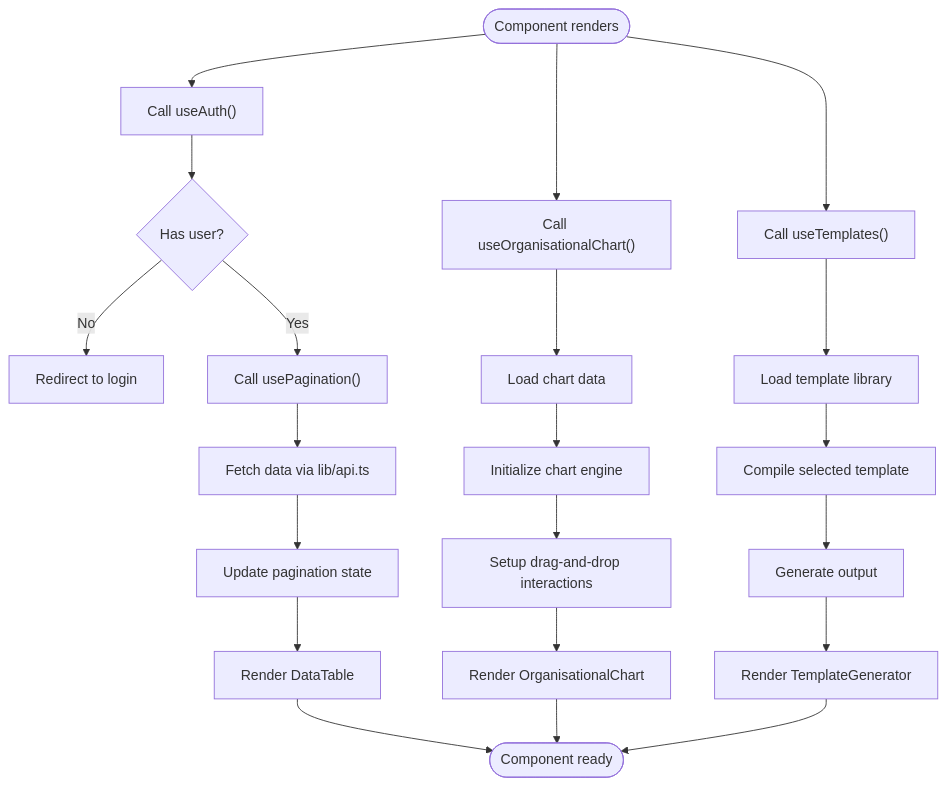
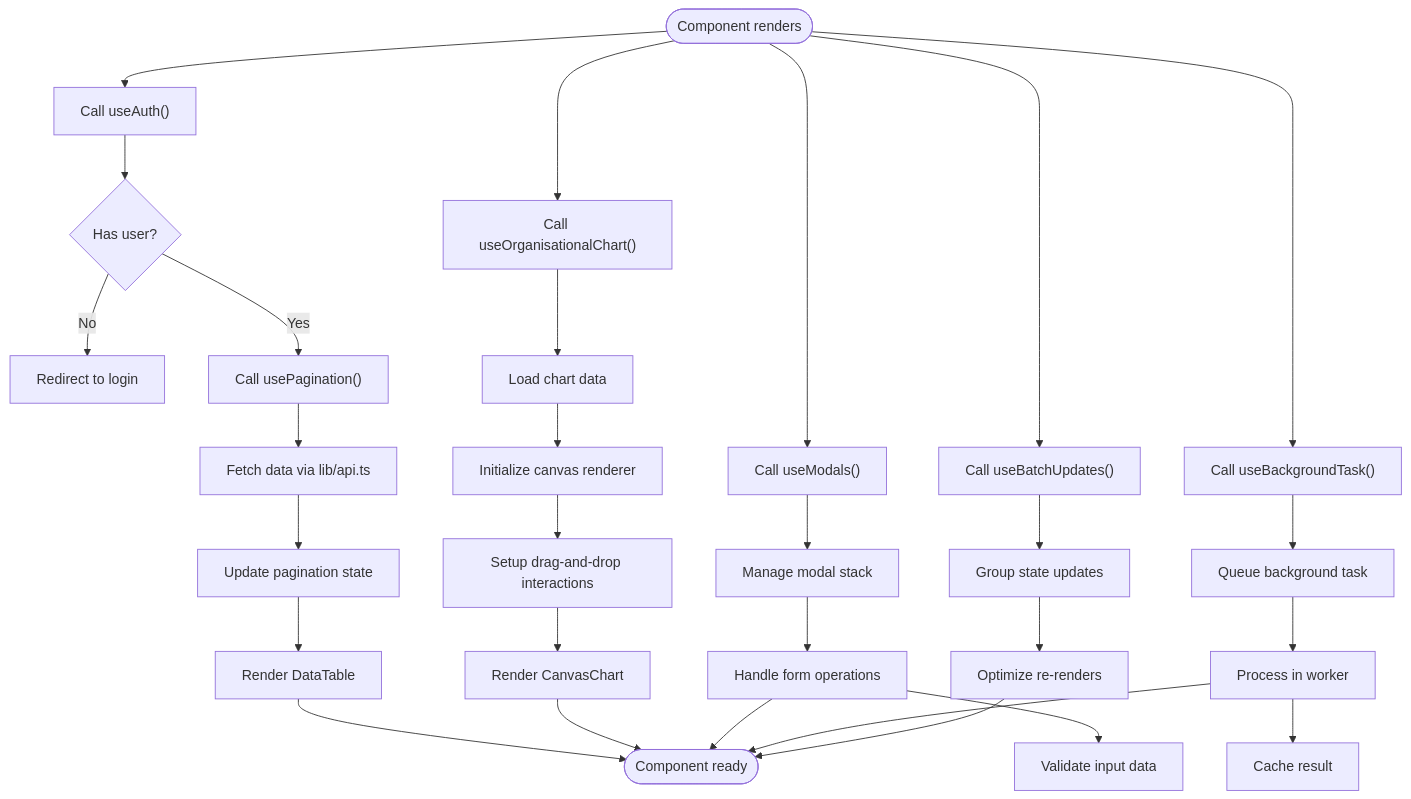
Diagram 11 of 14 in .qoder/repowiki/en/content/System Architecture/Frontend Architecture/Component Architecture/Component Architecture.md (franckylab/eLISAschool), drawn with Mermaid before and after one commit. The commit also changed other lines of this file and 97 other files, not shown here.

````diff
--- a/.qoder/repowiki/en/content/System Architecture/Frontend Architecture/Component Architecture/Component Architecture.md
+++ b/.qoder/repowiki/en/content/System Architecture/Frontend Architecture/Component Architecture/Component Architecture.md
@@ -657,23 +855,31 @@
 ```mermaid
 flowchart TD
 Start(["Component renders"]) --> UseAuth["Call useAuth()"]
 UseAuth --> HasUser{"Has user?"}
 HasUser --> |No| Redirect["Redirect to login"]
 HasUser --> |Yes| UsePagination["Call usePagination()"]
 UsePagination --> FetchData["Fetch data via lib/api.ts"]
 FetchData --> UpdateState["Update pagination state"]
 UpdateState --> RenderTable["Render DataTable"]
 Start --> UseChart["Call useOrganisationalChart()"]
 UseChart --> LoadChartData["Load chart data"]
-LoadChartData --> InitializeChart["Initialize chart engine"]
-InitializeChart --> SetupInteractions["Setup drag-and-drop interactions"]
-SetupInteractions --> RenderChart["Render OrganisationalChart"]
-Start --> UseTemplates["Call useTemplates()"]
-UseTemplates --> LoadTemplates["Load template library"]
-LoadTemplates --> CompileTemplate["Compile selected template"]
-CompileTemplate --> GenerateOutput["Generate output"]
-GenerateOutput --> RenderTemplate["Render TemplateGenerator"]
+LoadChartData --> InitCanvas["Initialize canvas renderer"]
+InitCanvas --> SetupInteractions["Setup drag-and-drop interactions"]
+SetupInteractions --> RenderChart["Render CanvasChart"]
+Start --> UseModals["Call useModals()"]
+UseModals --> ManageStack["Manage modal stack"]
+ManageStack --> HandleForms["Handle form operations"]
+HandleForms --> ValidateData["Validate input data"]
+Start --> UseBackground["Call useBackgroundTask()"]
+UseBackground --> QueueTask["Queue background task"]
+QueueTask --> ProcessTask["Process in worker"]
+ProcessTask --> CacheResult["Cache result"]
+Start --> UseBatch["Call useBatchUpdates()"]
+UseBatch --> GroupUpdates["Group state updates"]
+GroupUpdates --> OptimizeRenders["Optimize re-renders"]
 RenderTable --> End(["Component ready"])
 RenderChart --> End
-RenderTemplate --> End
+HandleForms --> End
+ProcessTask --> End
+OptimizeRenders --> End
 ```
````
